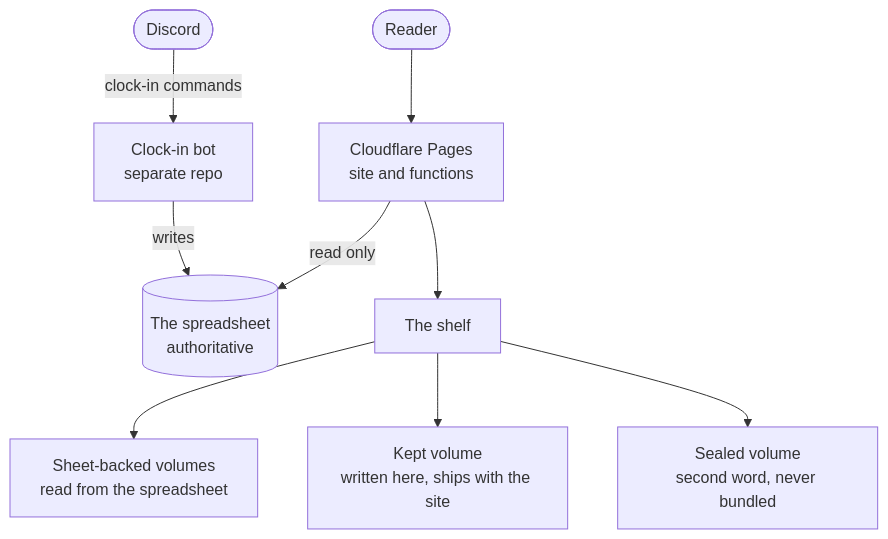
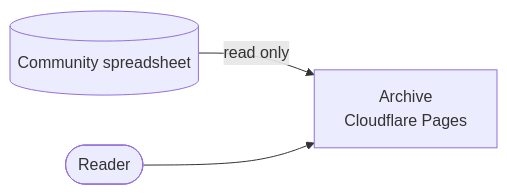
Before and after one commit to Mosalah992/Centralized-Dossier: the diagram in README.md, drawn with Mermaid. The commit also changed other lines of this file, not shown here.

````diff
--- a/README.md
+++ b/README.md
@@ -71,13 +37,5 @@
 ```mermaid
-flowchart TB
-    Discord([Discord]) -->|clock-in commands| Bot[Clock-in bot<br/>separate repo]
-    Bot -->|writes| Sheet[(The spreadsheet<br/>authoritative)]
-
-    Reader([Reader]) --> Pages[Cloudflare Pages<br/>site and functions]
-    Pages -->|read only| Sheet
-
-    Pages --> Shelf[The shelf]
-    Shelf --> V1[Sheet-backed volumes<br/>read from the spreadsheet]
-    Shelf --> V2[Kept volume<br/>written here, ships with the site]
-    Shelf --> V3[Sealed volume<br/>second word, never bundled]
+flowchart LR
+    Sheet[(Community spreadsheet)] -->|read only| Site[Archive<br/>Cloudflare Pages]
+    Reader([Reader]) --> Site
 ```
````
